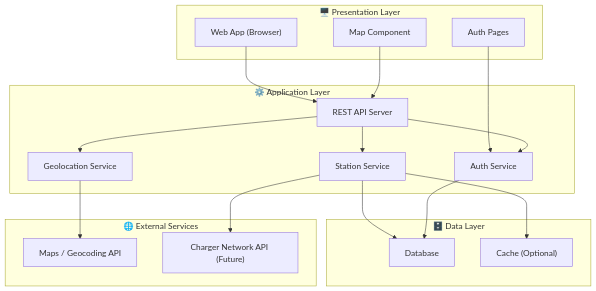
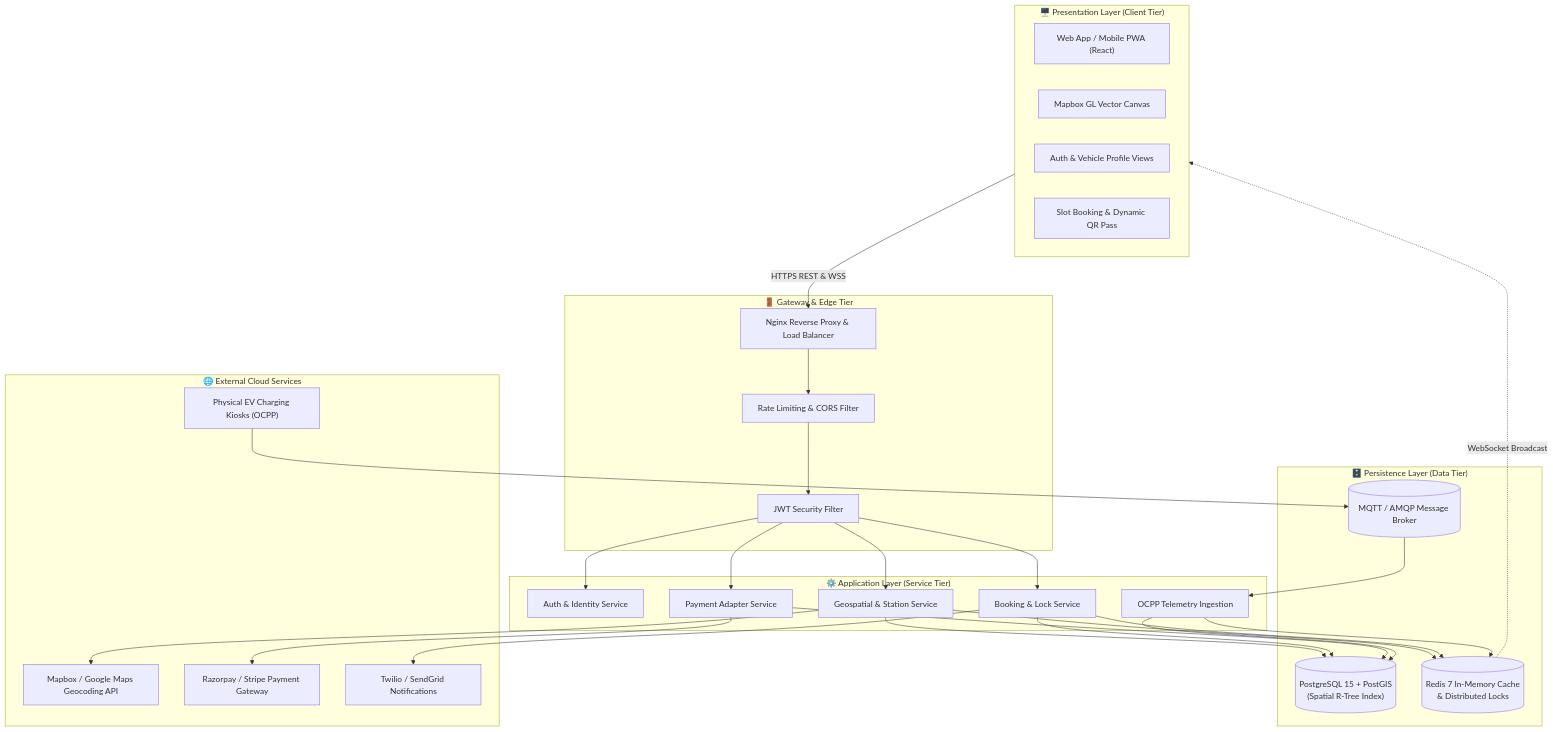
Before and after one commit to Gauravkumar512/2026_B_EV-Charging-Station-Locator_2400290130078: the first of 3 diagrams in docs/architecture.md, drawn with Mermaid. The commit also changed other lines of this file and 10 other files, not shown here.

````diff
--- a/docs/architecture.md
+++ b/docs/architecture.md
@@ -19,37 +37,60 @@
 ```mermaid
 graph TB
-    subgraph Client["🖥️ Presentation Layer"]
-        UI["Web App (Browser)"]
-        MAP["Map Component"]
-        AUTH_UI["Auth Pages"]
+    subgraph Client["🖥️ Presentation Layer (Client Tier)"]
+        UI["Web App / Mobile PWA (React)"]
+        MAP["Mapbox GL Vector Canvas"]
+        AUTH_UI["Auth & Vehicle Profile Views"]
+        BOOK_UI["Slot Booking & Dynamic QR Pass"]
     end
 
-    subgraph Server["⚙️ Application Layer"]
-        API["REST API Server"]
-        AUTH["Auth Service"]
-        GEO["Geolocation Service"]
-        STATION["Station Service"]
+    subgraph Gateway["🚪 Gateway & Edge Tier"]
+        PROXY["Nginx Reverse Proxy & Load Balancer"]
+        WAF["Rate Limiting & CORS Filter"]
+        JWT["JWT Security Filter"]
     end
 
-    subgraph Data["🗄️ Data Layer"]
-        DB["Database"]
-        CACHE["Cache (Optional)"]
+    subgraph Server["⚙️ Application Layer (Service Tier)"]
+        AUTH["Auth & Identity Service"]
+        GEO["Geospatial & Station Service"]
+        BOOK["Booking & Lock Service"]
+        PAY["Payment Adapter Service"]
+        TELEM["OCPP Telemetry Ingestion"]
     end
 
-    subgraph External["🌐 External Services"]
-        MAPS_API["Maps / Geocoding API"]
-        CHARGER_API["Charger Network API (Future)"]
+    subgraph Data["🗄️ Persistence Layer (Data Tier)"]
+        DB[("PostgreSQL 15 + PostGIS<br/>(Spatial R-Tree Index)")]
+        REDIS[("Redis 7 In-Memory Cache<br/>& Distributed Locks")]
+        MQ[("MQTT / AMQP Message Broker")]
     end
 
-    UI --> API
-    MAP --> API
-    AUTH_UI --> AUTH
-    API --> AUTH
-    API --> GEO
-    API --> STATION
+    subgraph External["🌐 External Cloud Services"]
+        MAPS_API["Mapbox / Google Maps Geocoding API"]
+        PAY_API["Razorpay / Stripe Payment Gateway"]
+        SMS_API["Twilio / SendGrid Notifications"]
+        IOT_KIOSK["Physical EV Charging Kiosks (OCPP)"]
+    end
+
+    Client -->|HTTPS REST & WSS| PROXY
+    PROXY --> WAF --> JWT
+    JWT --> AUTH
+    JWT --> GEO
+    JWT --> BOOK
+    JWT --> PAY
+    
+    GEO --> DB
+    GEO --> REDIS
     GEO --> MAPS_API
-    STATION --> DB
-    AUTH --> DB
-    STATION --> CACHE
-    STATION --> CHARGER_API
+    
+    BOOK --> DB
+    BOOK --> REDIS
+    BOOK --> SMS_API
+    
+    PAY --> PAY_API
+    PAY --> DB
+    
+    IOT_KIOSK --> MQ
+    MQ --> TELEM
+    TELEM --> DB
+    TELEM --> REDIS
+    REDIS -.->|WebSocket Broadcast| Client
 ```
````
